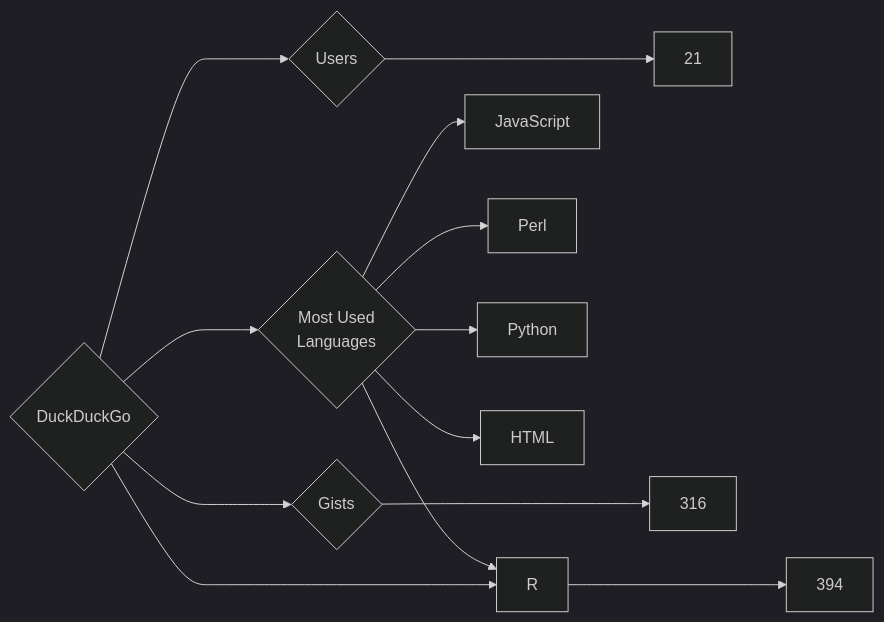
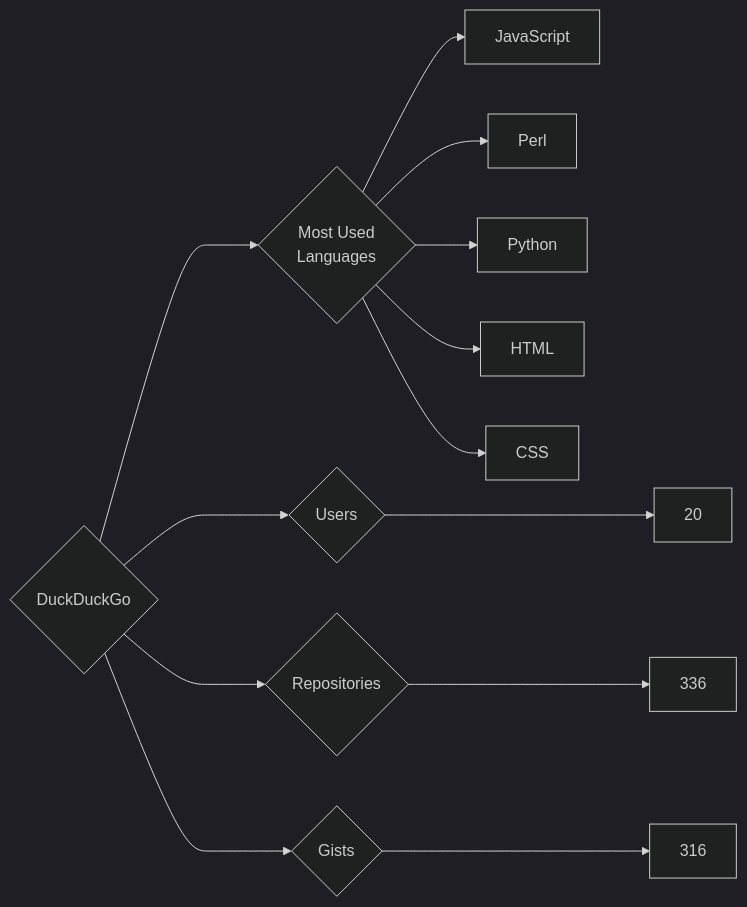
The diagram in targets/DuckDuckGo/README.md (trickest/insiders), drawn with Mermaid (dark theme) before and after one commit. The commit also changed 1030 other files, not shown here.

````diff
--- a/targets/DuckDuckGo/README.md
+++ b/targets/DuckDuckGo/README.md
@@ -3,13 +3,13 @@
 ```mermaid
 graph LR
 COMPANY_NAME{DuckDuckGo}
-COMPANY_NAME ---> U{Users} ---> UN[21]
-COMPANY_NAME ---> R{Repositories} ---> RN[394]
+COMPANY_NAME ---> U{Users} ---> UN[20]
+COMPANY_NAME ---> R{Repositories} ---> RN[336]
 COMPANY_NAME ---> G{Gists} ---> GN[316]
 COMPANY_NAME ---> ML{Most Used<br>Languages}
 ML --> JavaScript[JavaScript]
-ML --> R[R]
 ML --> Perl[Perl]
 ML --> Python[Python]
 ML --> HTML[HTML]
+ML --> CSS[CSS]
 ```
````
